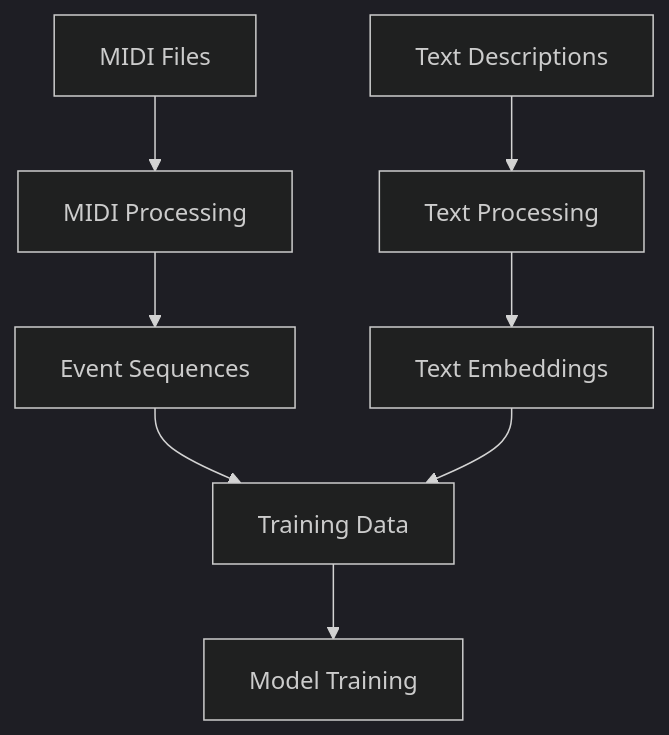
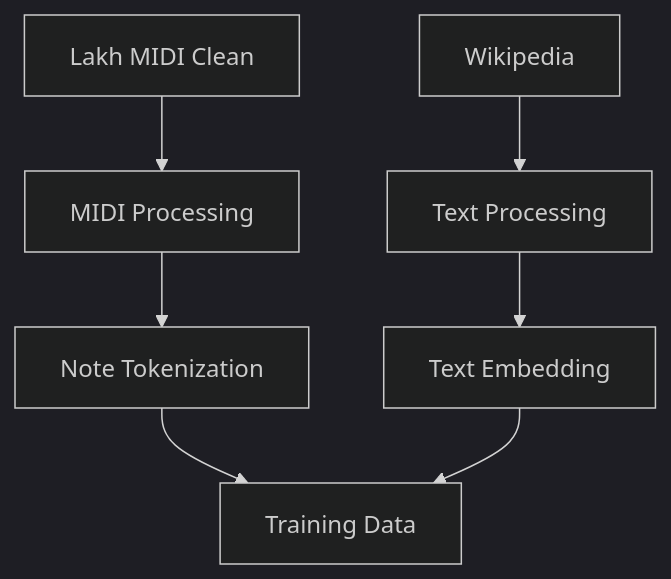
One commit to Baottq-dev/Hierarchical_Music_Transformer changed the first of 2 diagrams in README.md. Above: the diagram before and after it, drawn with Mermaid (dark theme). The commit also changed other lines of this file and 16 other files, not shown here.

````diff
--- a/README.md
+++ b/README.md
@@ -94,10 +56,9 @@
 ```mermaid
 graph TD
-    A[MIDI Files] --> B[MIDI Processing]
-    C[Text Descriptions] --> D[Text Processing]
-    B --> E[Event Sequences]
-    D --> F[Text Embeddings]
+    A[Lakh MIDI Clean] --> B[MIDI Processing]
+    C[Wikipedia] --> D[Text Processing]
+    B --> E[Note Tokenization]
+    D --> F[Text Embedding]
     E --> G[Training Data]
     F --> G
-    G --> H[Model Training]
 ```
````
